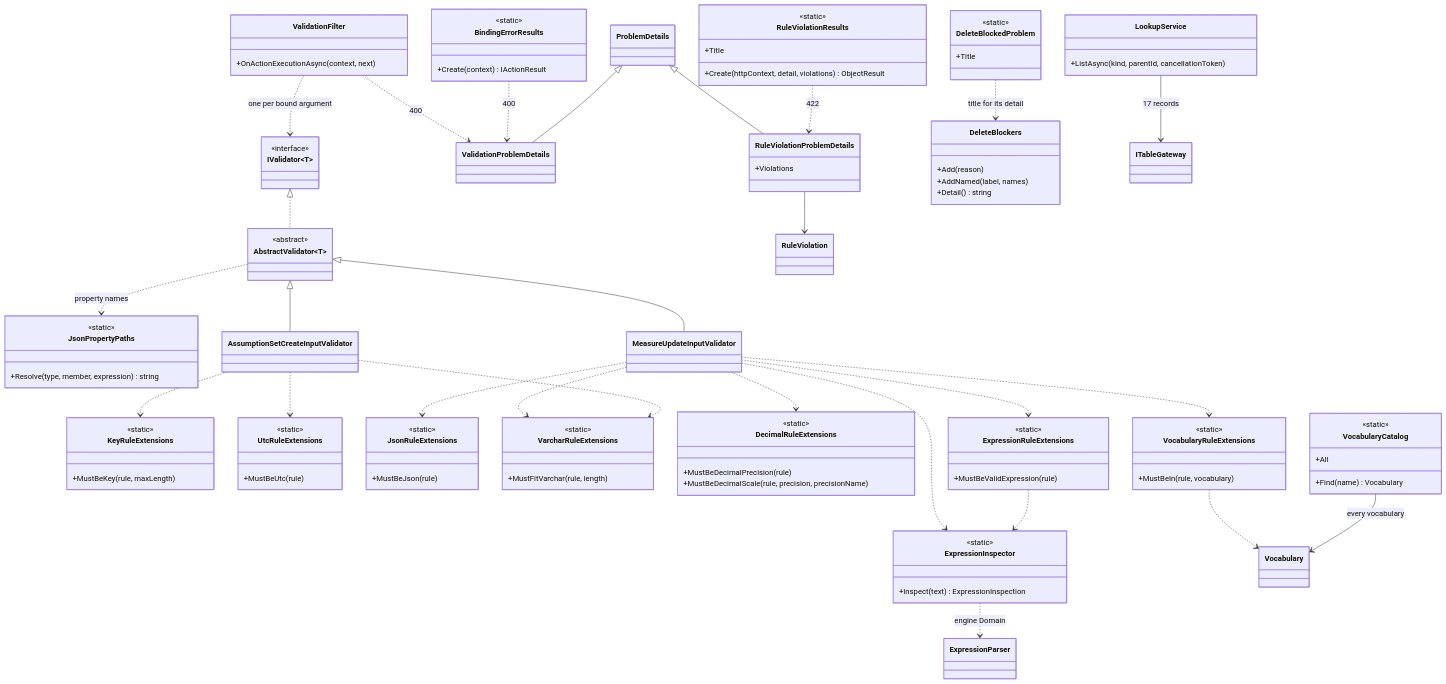
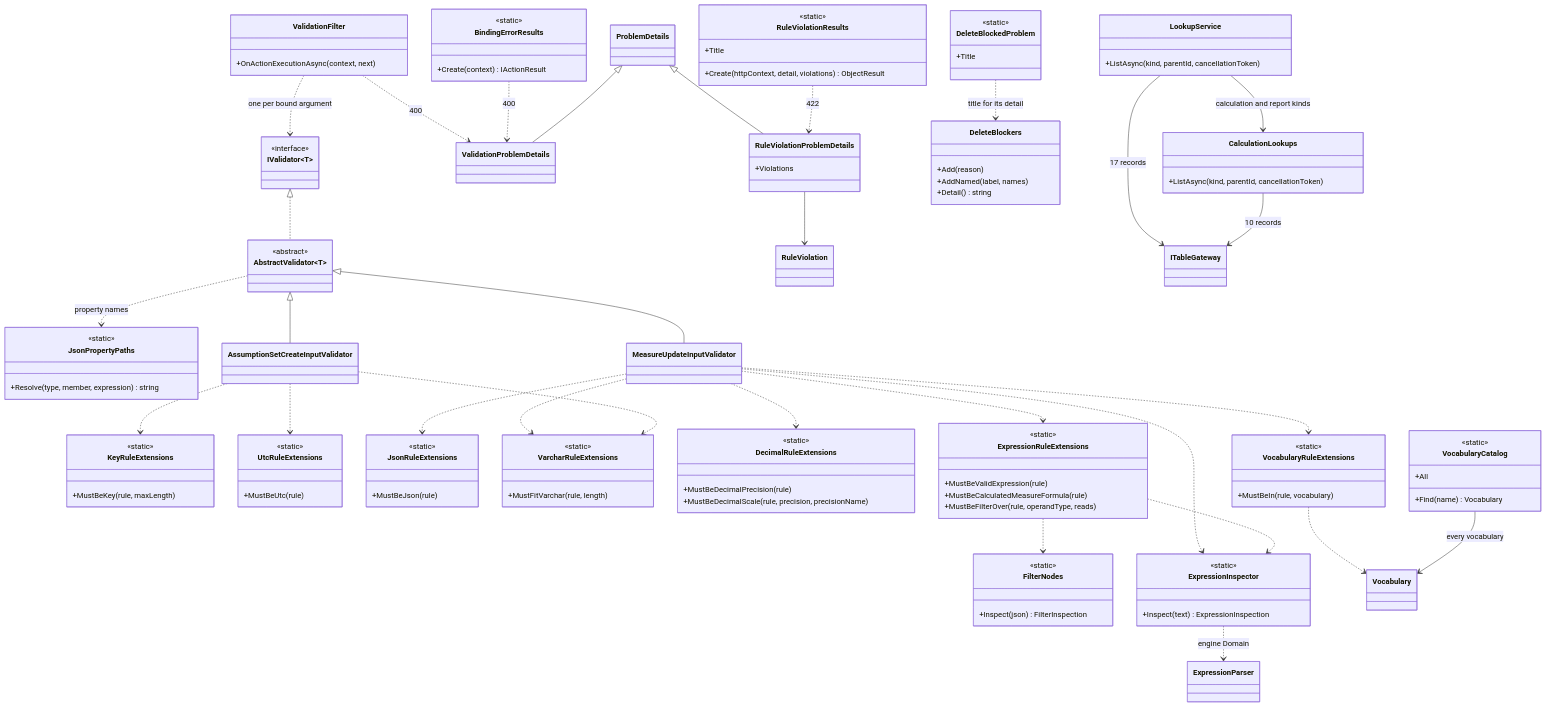
The fourth of 4 diagrams in api/docs/architecture/03-core-classes.md (chrisaliotta/Quantalytix.QueryEngine.Admin), drawn with Mermaid before and after one commit. The commit also changed other lines of this file and 202 other files, not shown here.

````diff
--- a/api/docs/architecture/03-core-classes.md
+++ b/api/docs/architecture/03-core-classes.md
@@ -405,6 +407,12 @@
     class ExpressionRuleExtensions {
         <<static>>
         +MustBeValidExpression(rule)
+        +MustBeCalculatedMeasureFormula(rule)
+        +MustBeFilterOver(rule, operandType, reads)
+    }
+    class FilterNodes {
+        <<static>>
+        +Inspect(json) FilterInspection
     }
     class ExpressionInspector {
         <<static>>
@@ -416,6 +424,9 @@
         +Find(name) Vocabulary
     }
     class LookupService {
+        +ListAsync(kind, parentId, cancellationToken)
+    }
+    class CalculationLookups {
         +ListAsync(kind, parentId, cancellationToken)
     }
     ValidationFilter ..> IValidator : one per bound argument
@@ -439,9 +450,12 @@
     AssumptionSetCreateInputValidator ..> UtcRuleExtensions
     AssumptionSetCreateInputValidator ..> VarcharRuleExtensions
     ExpressionRuleExtensions ..> ExpressionInspector
+    ExpressionRuleExtensions ..> FilterNodes
     ExpressionInspector ..> ExpressionParser : engine Domain
     VocabularyRuleExtensions ..> Vocabulary
     VocabularyCatalog --> Vocabulary : every vocabulary
     LookupService --> ITableGateway : 17 records
+    LookupService --> CalculationLookups : calculation and report kinds
+    CalculationLookups --> ITableGateway : 10 records
     DeleteBlockedProblem ..> DeleteBlockers : title for its detail
 ```
````
